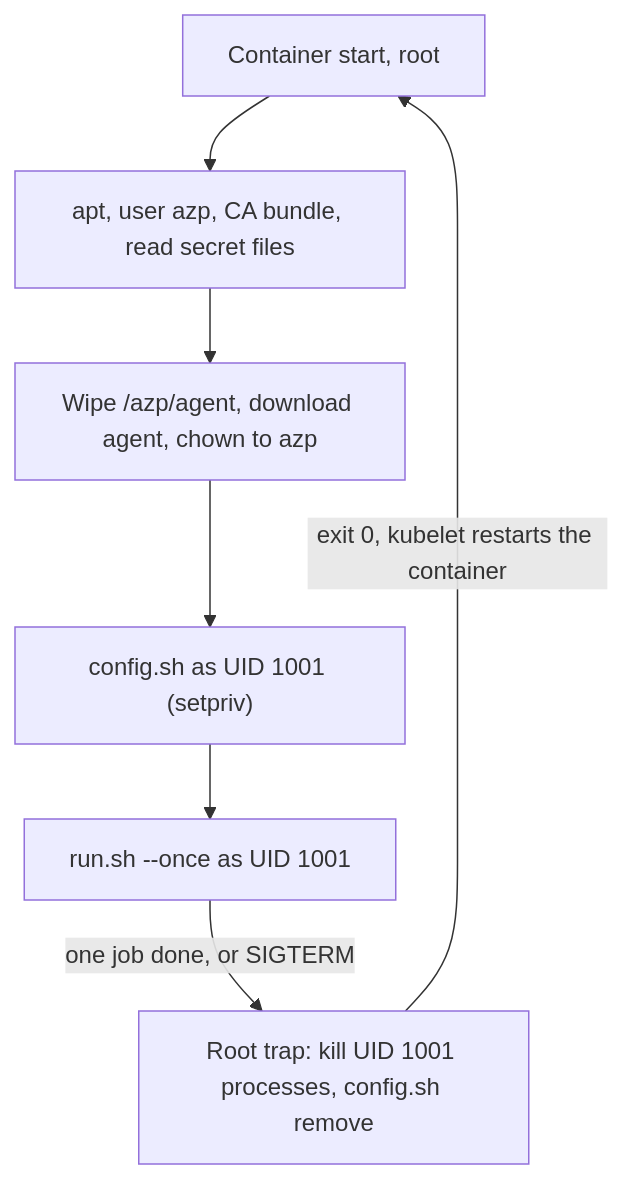
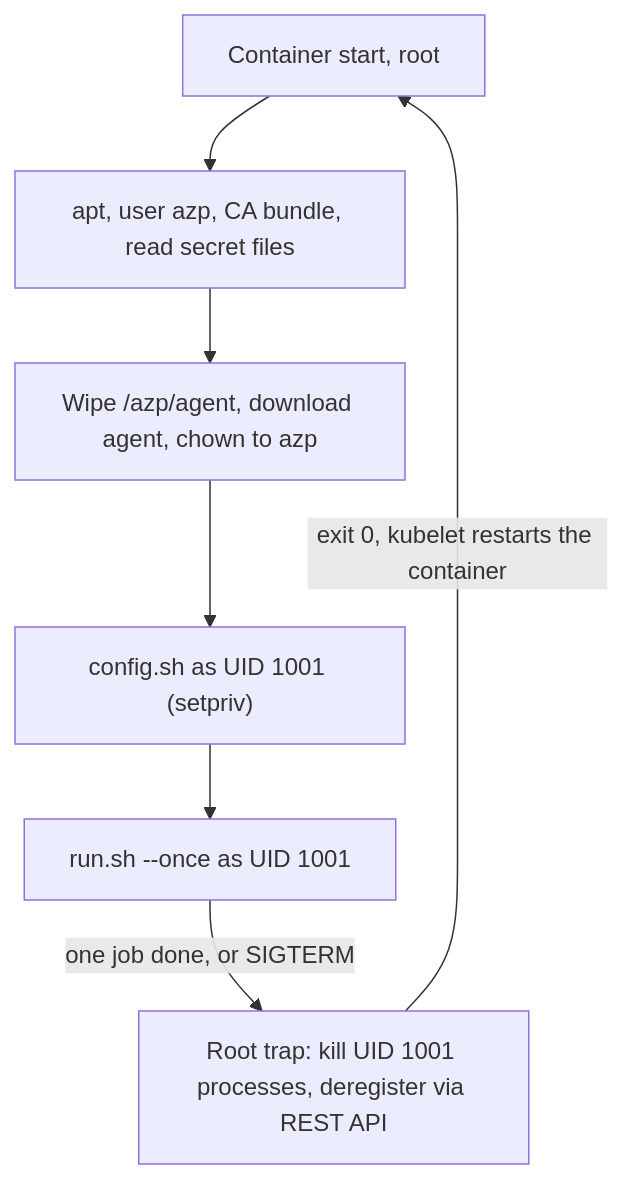
One commit to glimpsovstar/tfc-workflow-azdo changed the first of 2 diagrams in lab/azdo-agent/README.md. Above: the diagram before and after it, drawn with Mermaid. The commit also changed other lines of this file and 1 other file, not shown here.

Commit message:
Lab agent: deregister through the REST API from the root shell (PAT on stdin, IDs looked up by name), never run job-writable agent code with the PAT; kill job processes until none remain

````diff
--- a/lab/azdo-agent/README.md
+++ b/lab/azdo-agent/README.md
@@ -77,9 +77,9 @@
 ```mermaid
 flowchart TD
   start["Container start, root"] --> setup["apt, user azp, CA bundle, read secret files"]
   setup --> wipe["Wipe /azp/agent, download agent, chown to azp"]
   wipe --> config["config.sh as UID 1001 (setpriv)"]
   config --> run["run.sh --once as UID 1001"]
-  run -->|"one job done, or SIGTERM"| cleanup["Root trap: kill UID 1001 processes, config.sh remove"]
+  run -->|"one job done, or SIGTERM"| cleanup["Root trap: kill UID 1001 processes, deregister via REST API"]
   cleanup -->|"exit 0, kubelet restarts the container"| start
 ```
````
